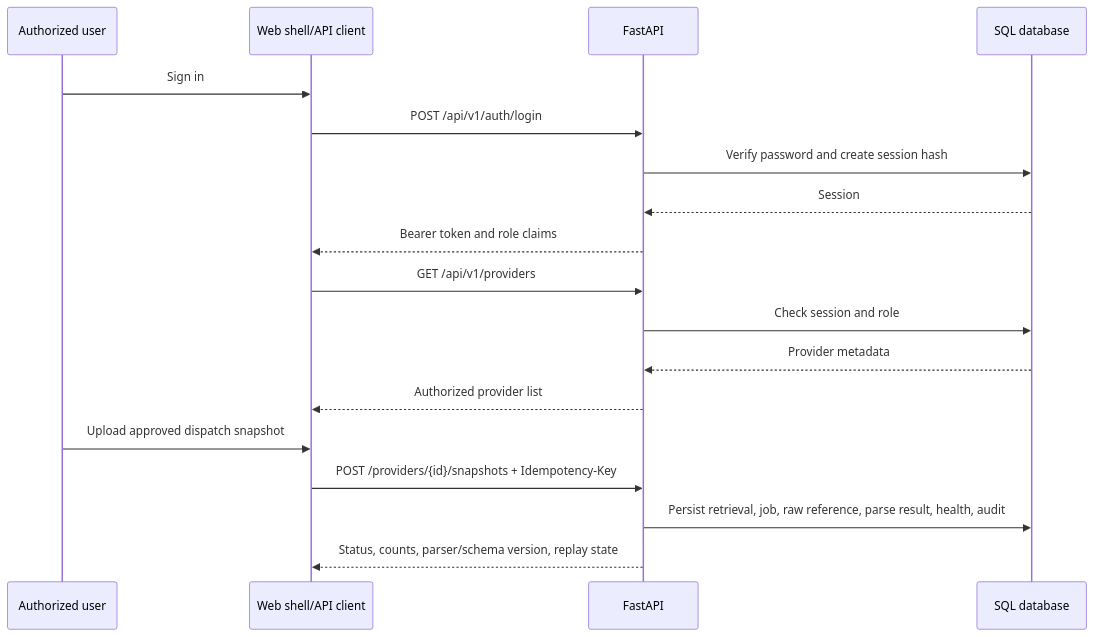
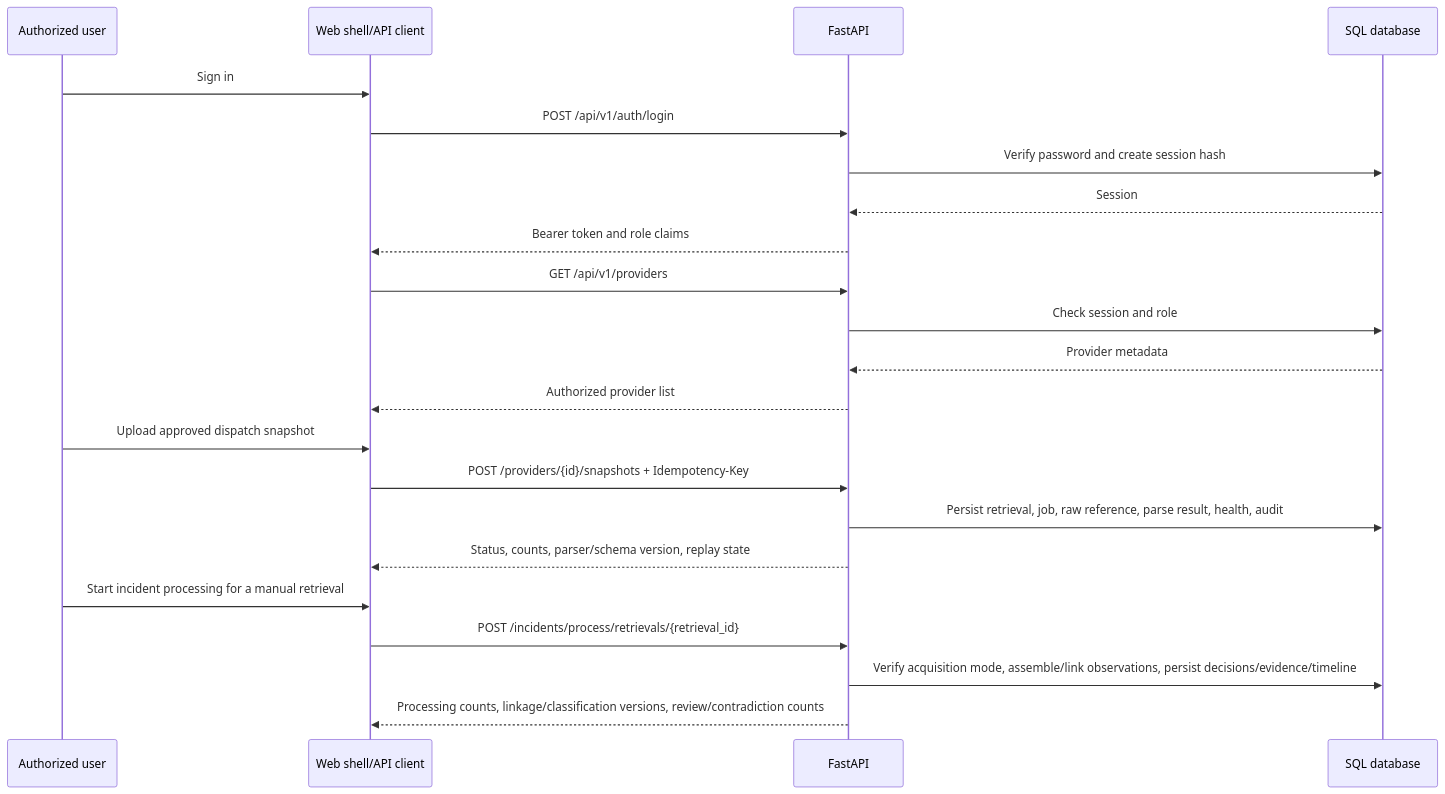
One commit to prospercode11/beyond-fire-radar changed the second of 2 diagrams in docs/architecture/system-context.md. Above: the diagram before and after it, drawn with Mermaid. The commit also changed other lines of this file and 28 other files, not shown here.

````diff
--- a/docs/architecture/system-context.md
+++ b/docs/architecture/system-context.md
@@ -30,20 +30,24 @@
 ```mermaid
 sequenceDiagram
   participant U as Authorized user
   participant W as Web shell/API client
   participant A as FastAPI
   participant DB as SQL database
   U->>W: Sign in
   W->>A: POST /api/v1/auth/login
   A->>DB: Verify password and create session hash
   DB-->>A: Session
   A-->>W: Bearer token and role claims
   W->>A: GET /api/v1/providers
   A->>DB: Check session and role
   DB-->>A: Provider metadata
   A-->>W: Authorized provider list
   U->>W: Upload approved dispatch snapshot
   W->>A: POST /providers/{id}/snapshots + Idempotency-Key
   A->>DB: Persist retrieval, job, raw reference, parse result, health, audit
   A-->>W: Status, counts, parser/schema version, replay state
+  U->>W: Start incident processing for a manual retrieval
+  W->>A: POST /incidents/process/retrievals/{retrieval_id}
+  A->>DB: Verify acquisition mode, assemble/link observations, persist decisions/evidence/timeline
+  A-->>W: Processing counts, linkage/classification versions, review/contradiction counts
 ```
````
